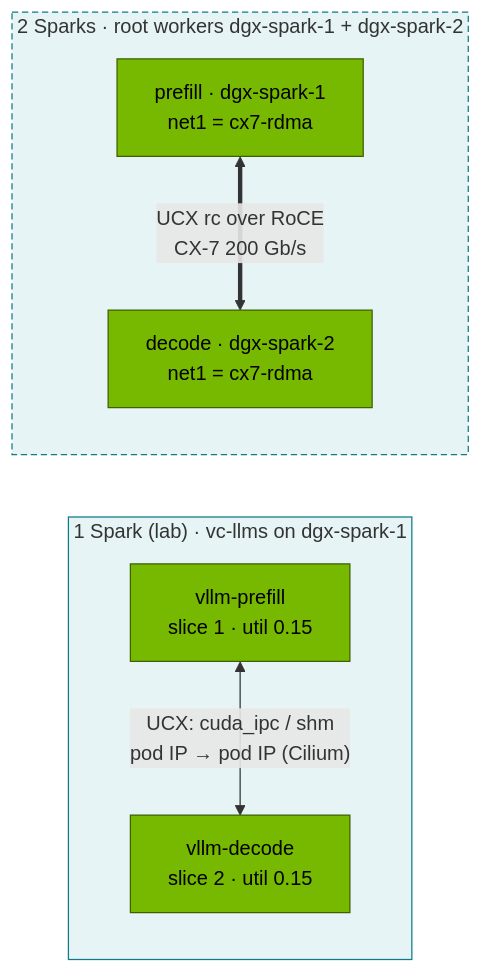
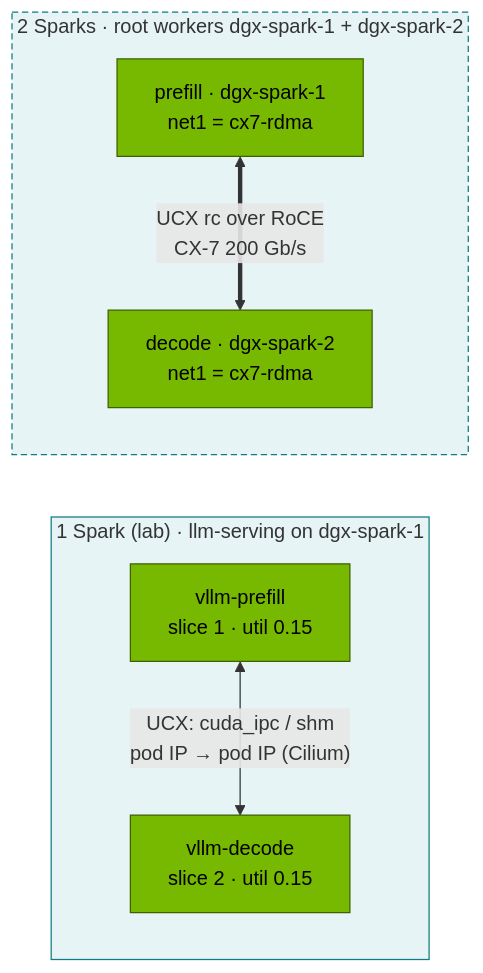
Before and after one commit to cloudone365/technical-depth: the second of 2 diagrams in 02-Kubernetes/23-disaggregated-prefill-and-decode-serving.md, drawn with Mermaid. The commit also changed other lines of this file and 58 other files, not shown here.

First line of the commit message:
Docs: dev-llms sandbox vCluster, LLM stack on the root, shared ~90 GiB pool, headless DGX OS

````diff
--- a/02-Kubernetes/23-disaggregated-prefill-and-decode-serving.md
+++ b/02-Kubernetes/23-disaggregated-prefill-and-decode-serving.md
@@ -57,13 +57,13 @@
 ```mermaid
 flowchart LR
-  subgraph ONE["1 Spark (lab) · vc-llms on dgx-spark-1"]
+  subgraph ONE["1 Spark (lab) · llm-serving on dgx-spark-1"]
     P1["vllm-prefill<br/>slice 1 · util 0.15"] <-->|"UCX: cuda_ipc / shm<br/>pod IP → pod IP (Cilium)"| D1["vllm-decode<br/>slice 2 · util 0.15"]
   end
   subgraph TWO["2 Sparks · root workers dgx-spark-1 + dgx-spark-2"]
     P2["prefill · dgx-spark-1<br/>net1 = cx7-rdma"] <==>|"UCX rc over RoCE<br/>CX-7 200 Gb/s"| D2["decode · dgx-spark-2<br/>net1 = cx7-rdma"]
   end
   classDef gpu fill:#76b900,stroke:#3d6000,color:#000
   class P1,D1,P2,D2 gpu
   style ONE fill:#e6f4f5,stroke:#0e7c86
   style TWO fill:#e6f4f5,stroke:#0e7c86,stroke-dasharray:5 3
 ```
````
